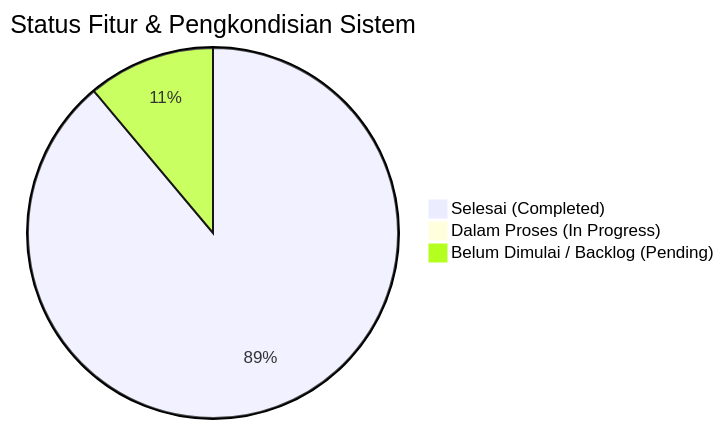
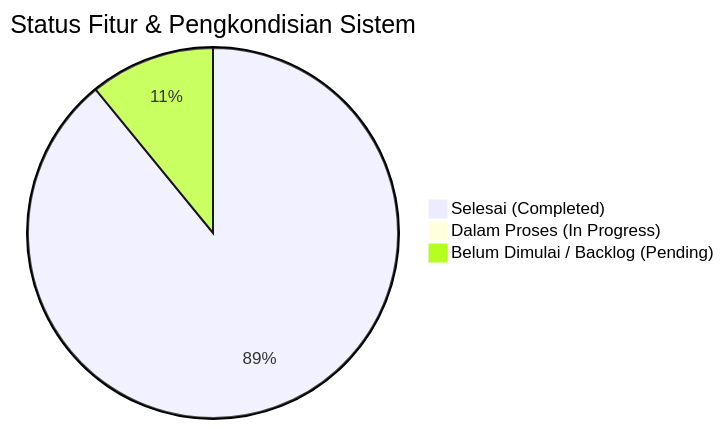
One commit to 4lliiifffff/pengembangan-presensi-pkbmpikat changed the diagram in docs/progress_pengembangan_sistem_presensi.md. Above: the diagram before and after it, drawn with Mermaid. The commit also changed other lines of this file and 9 other files, not shown here.

````diff
--- a/docs/progress_pengembangan_sistem_presensi.md
+++ b/docs/progress_pengembangan_sistem_presensi.md
@@ -12,6 +12,6 @@
 ```mermaid
 pie title Status Fitur & Pengkondisian Sistem
-    "Selesai (Completed)" : 48
+    "Selesai (Completed)" : 49
     "Dalam Proses (In Progress)" : 0
     "Belum Dimulai / Backlog (Pending)" : 6
 ```
````
